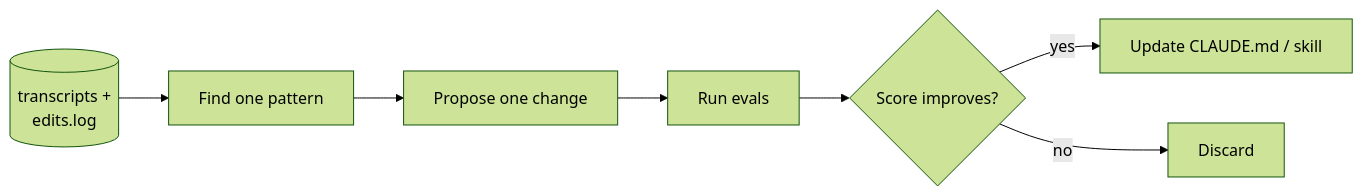
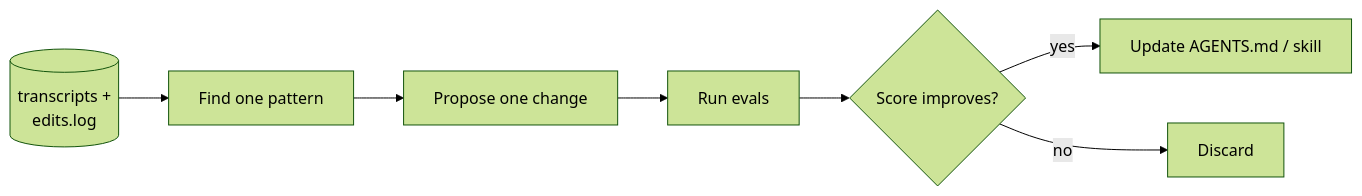
One commit to kingler/agentic-harness-engineering changed diagram 14 of 15 in harness-templates/ANATOMY.md. Above: the diagram before and after it, drawn with Mermaid (forest theme). The commit also changed other lines of this file and 13 other files, not shown here.

````diff
--- a/harness-templates/ANATOMY.md
+++ b/harness-templates/ANATOMY.md
@@ -267,9 +267,9 @@
 ```mermaid
 flowchart LR
     Logs[("transcripts +<br/>edits.log")] --> Find[Find one pattern]
     Find --> Propose[Propose one change]
     Propose --> Eval["Run evals"]
     Eval --> Better{"Score improves?"}
-    Better -->|yes| Merge[Update CLAUDE.md / skill]
+    Better -->|yes| Merge[Update AGENTS.md / skill]
     Better -->|no| Discard[Discard]
 ```
````
